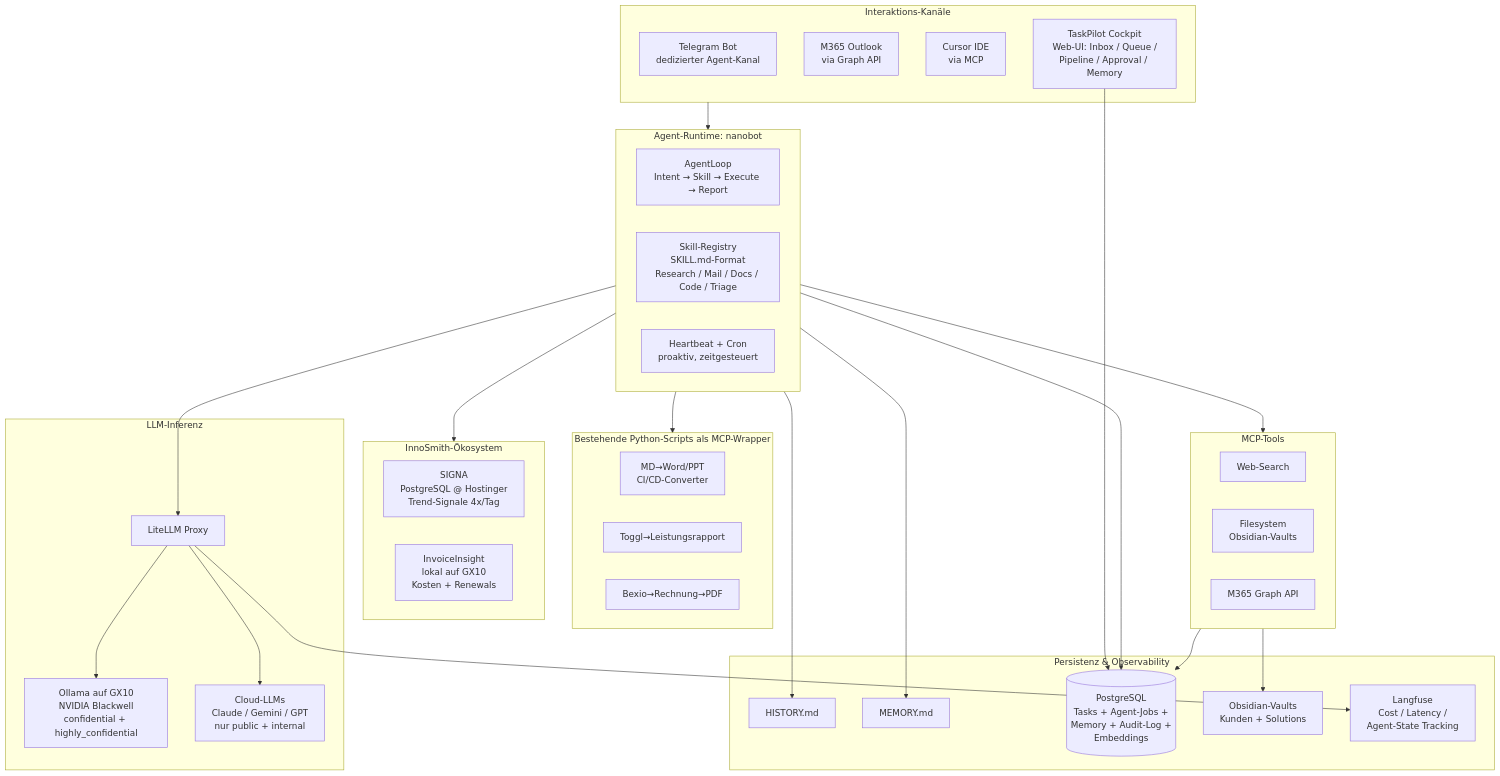
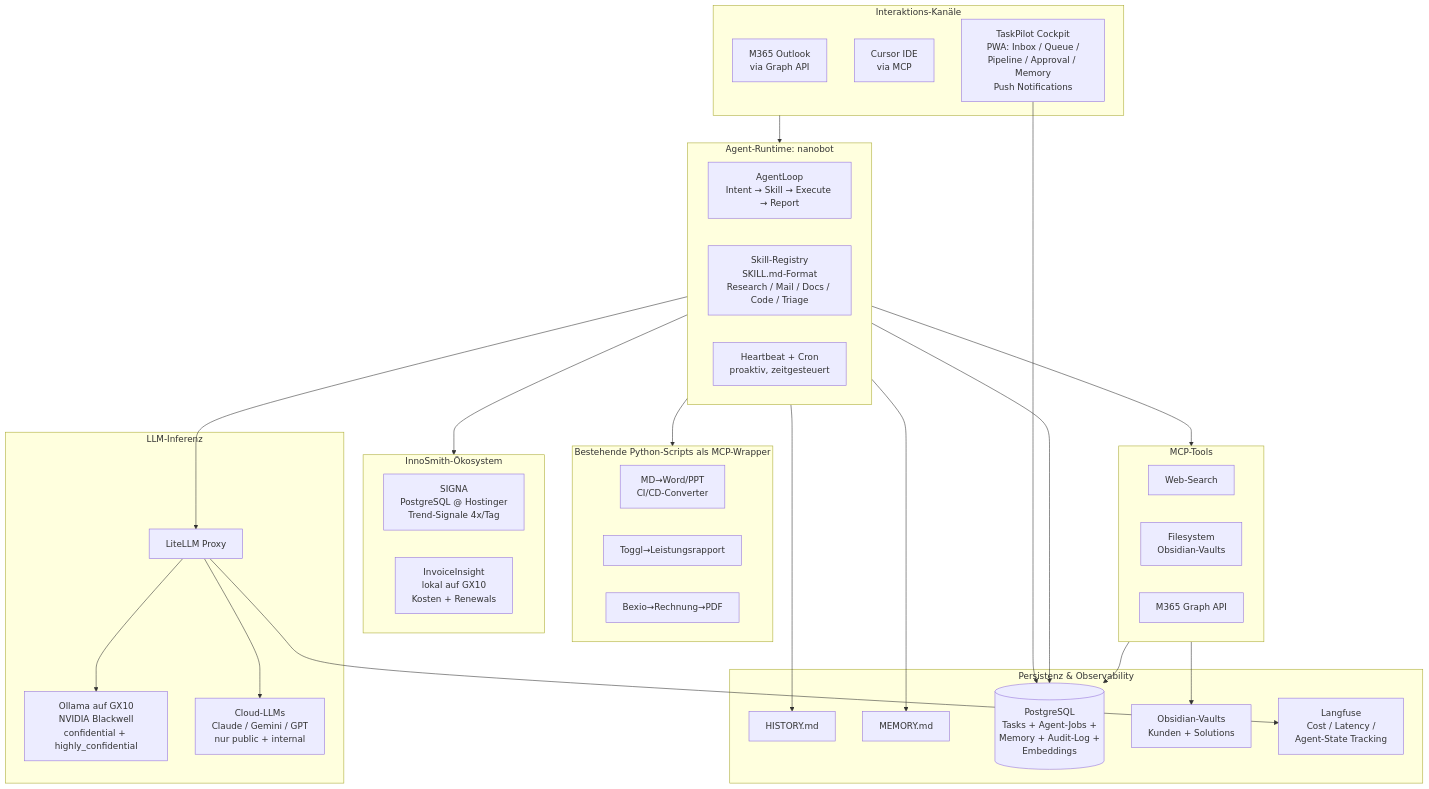
One commit to innosmith/TaskPilot changed the diagram in docs/pflichtenheft-taskpilot.md. Above: the diagram before and after it, drawn with Mermaid. The commit also changed other lines of this file, not shown here.

````diff
--- a/docs/pflichtenheft-taskpilot.md
+++ b/docs/pflichtenheft-taskpilot.md
@@ -636,61 +716,60 @@
 ```mermaid
 flowchart TB
     subgraph Channels [Interaktions-Kanäle]
-        Telegram[Telegram Bot<br/>dedizierter Agent-Kanal]
         Mail[M365 Outlook<br/>via Graph API]
         Cursor[Cursor IDE<br/>via MCP]
-        Cockpit[TaskPilot Cockpit<br/>Web-UI: Inbox / Queue /<br/>Pipeline / Approval / Memory]
+        Cockpit[TaskPilot Cockpit<br/>PWA: Inbox / Queue /<br/>Pipeline / Approval / Memory<br/>Push Notifications]
     end
 
     subgraph Agent [Agent-Runtime: nanobot]
         Loop[AgentLoop<br/>Intent → Skill → Execute → Report]
         Skills[Skill-Registry<br/>SKILL.md-Format<br/>Research / Mail / Docs / Code / Triage]
         Heartbeat[Heartbeat + Cron<br/>proaktiv, zeitgesteuert]
     end
 
     subgraph Tools [MCP-Tools]
         WebSearch[Web-Search]
         FS[Filesystem<br/>Obsidian-Vaults]
         GraphAPI[M365 Graph API]
     end
 
     subgraph Scripts [Bestehende Python-Scripts als MCP-Wrapper]
         Converter[MD→Word/PPT<br/>CI/CD-Converter]
         TogglScript[Toggl→Leistungsrapport]
         BexioScript[Bexio→Rechnung→PDF]
     end
 
     subgraph Ecosystem [InnoSmith-Ökosystem]
         SIGNA[SIGNA<br/>PostgreSQL @ Hostinger<br/>Trend-Signale 4x/Tag]
         Invoice[InvoiceInsight<br/>lokal auf GX10<br/>Kosten + Renewals]
     end
 
     subgraph Inference [LLM-Inferenz]
         Ollama[Ollama auf GX10<br/>NVIDIA Blackwell<br/>confidential + highly_confidential]
         LiteLLM[LiteLLM Proxy]
         CloudLLM[Cloud-LLMs<br/>Claude / Gemini / GPT<br/>nur public + internal]
     end
 
     subgraph Persistence [Persistenz & Observability]
         History[HISTORY.md]
         MemoryMD[MEMORY.md]
         PG[(PostgreSQL<br/>Tasks + Agent-Jobs +<br/>Memory + Audit-Log +<br/>Embeddings)]
         Vault[Obsidian-Vaults<br/>Kunden + Solutions]
         Langfuse[Langfuse<br/>Cost / Latency /<br/>Agent-State Tracking]
     end
 
     Channels --> Agent
     Cockpit --> PG
     Agent --> Tools
     Agent --> Scripts
     Agent --> Ecosystem
     Agent --> LiteLLM
     LiteLLM --> Ollama
     LiteLLM --> CloudLLM
     LiteLLM --> Langfuse
     Agent --> PG
     Agent --> History
     Agent --> MemoryMD
     Tools --> PG
     Tools --> Vault
 ```
````
